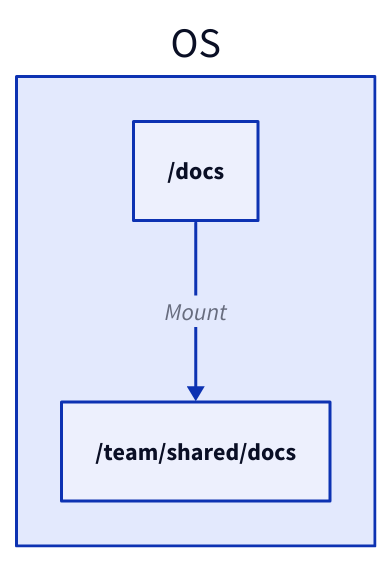
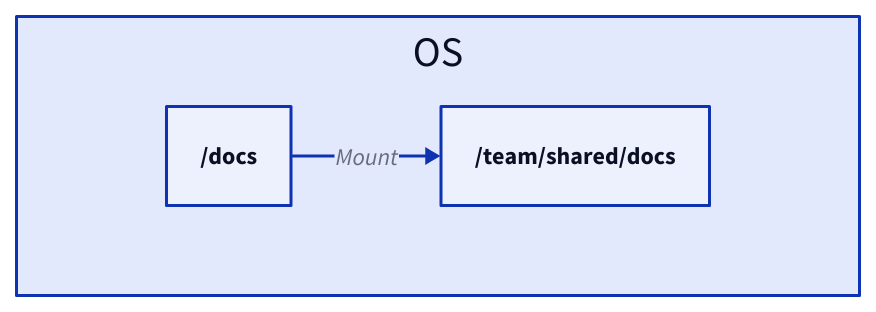
One commit to link1905/system-design-101 changed diagram 16 of 26 in content/docs/system-administration/system-deployment/containerization.md. Above: the diagram before and after it, drawn with D2. The commit also changed other lines of this file and 21 other files, not shown here.

````diff
--- a/content/docs/system-administration/system-deployment/containerization.md
+++ b/content/docs/system-administration/system-deployment/containerization.md
@@ -493,7 +529,13 @@
 ```d2
 o: OS {
-  v: "/docs"
-  t: "/team/shared/docs"
+  grid-rows: 1
+  horizontal-gap: 100
+  v: "/docs" {
+    class: folder
+  }
+  t: "/team/shared/docs" {
+    class: folder
+  }
   v -> t: Mount
 }
 ```
````
